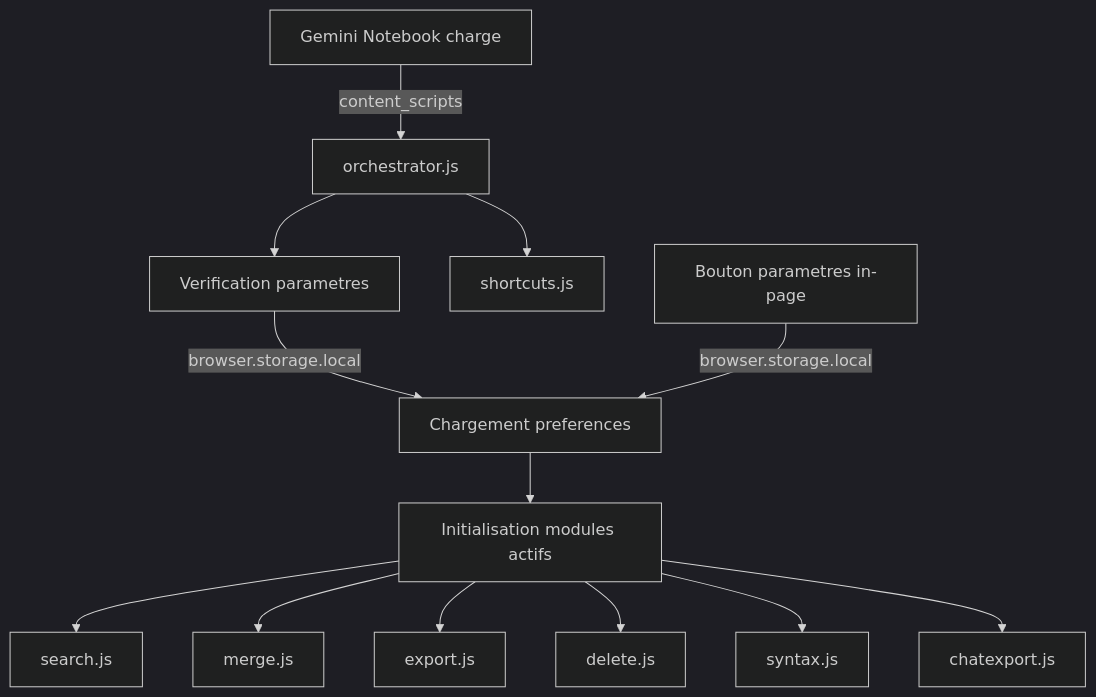
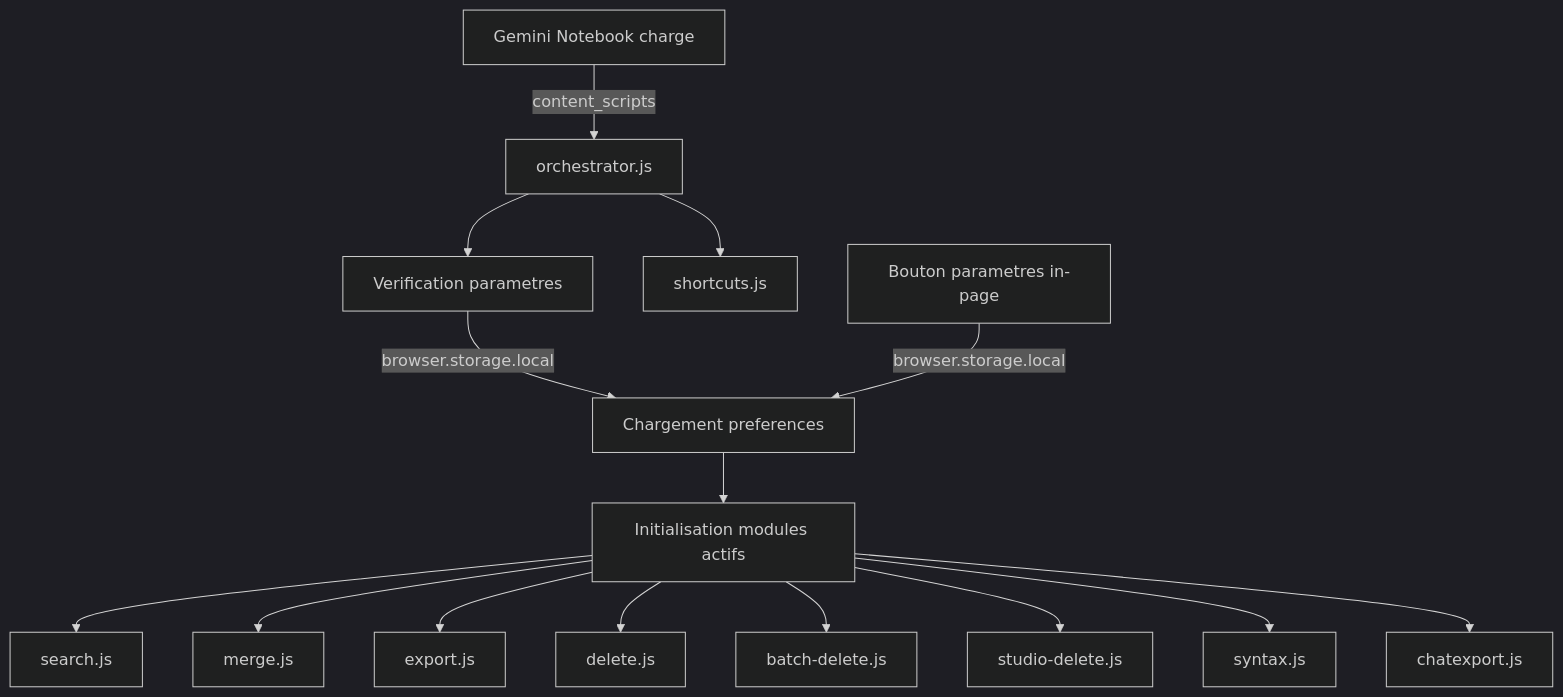
Before and after one commit to mtfkarukera/magic-manager: the diagram in ARCHITECTURE.md, drawn with Mermaid (dark theme). The commit also changed other lines of this file and 17 other files, not shown here.

Commit message:
feat: batch deletion for sources and Studio (v0.8.1)

````diff
--- a/ARCHITECTURE.md
+++ b/ARCHITECTURE.md
@@ -58,15 +60,17 @@
 ```mermaid
 graph TD
     A["Gemini Notebook charge"] -->|"content_scripts"| B["orchestrator.js"]
     B --> C["Verification parametres"]
     B --> K2["shortcuts.js"]
     C -->|"browser.storage.local"| D["Chargement preferences"]
     D --> E["Initialisation modules actifs"]
     E --> F["search.js"]
     E --> G["merge.js"]
     E --> H["export.js"]
     E --> I["delete.js"]
+    E --> I2["batch-delete.js"]
+    E --> I3["studio-delete.js"]
     E --> J["syntax.js"]
     E --> K["chatexport.js"]
     L["Bouton parametres in-page"] -->|"browser.storage.local"| D
 ```
````
